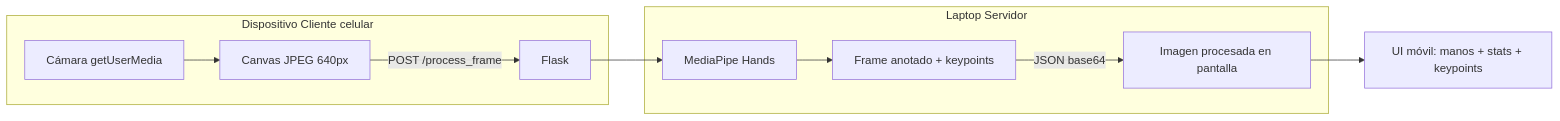
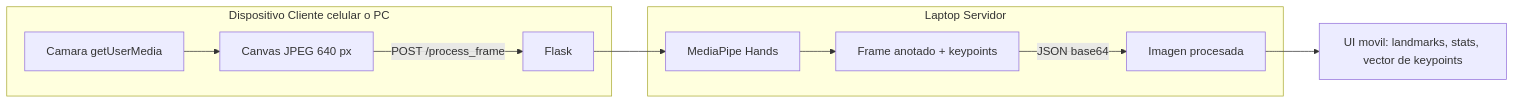
One commit to mrln-trrs/interprete-lsp changed the second of 2 diagrams in README.md. Above: the diagram before and after it, drawn with Mermaid. The commit also changed other lines of this file and 1 other file, not shown here.

````diff
--- a/README.md
+++ b/README.md
@@ -43,15 +45,15 @@
 ```mermaid
 flowchart LR
-    subgraph Dispositivo Cliente celular
-        Cam[Cámara getUserMedia] --> JS[Canvas JPEG 640px]
+    subgraph Dispositivo Cliente celular o PC
+        Cam[Camara getUserMedia] --> JS[Canvas JPEG 640 px]
         JS -->|POST /process_frame| Srv
     end
 
     subgraph Laptop Servidor
         Srv[Flask] --> MP[MediaPipe Hands]
         MP --> Ann[Frame anotado + keypoints]
-        Ann -->|JSON base64| JS2[Imagen procesada en pantalla]
+        Ann -->|JSON base64| Disp[Imagen procesada]
     end
 
-    JS2 --> UI[UI móvil: manos + stats + keypoints]
+    Disp --> UI[UI movil: landmarks, stats, vector de keypoints]
 ```
````
